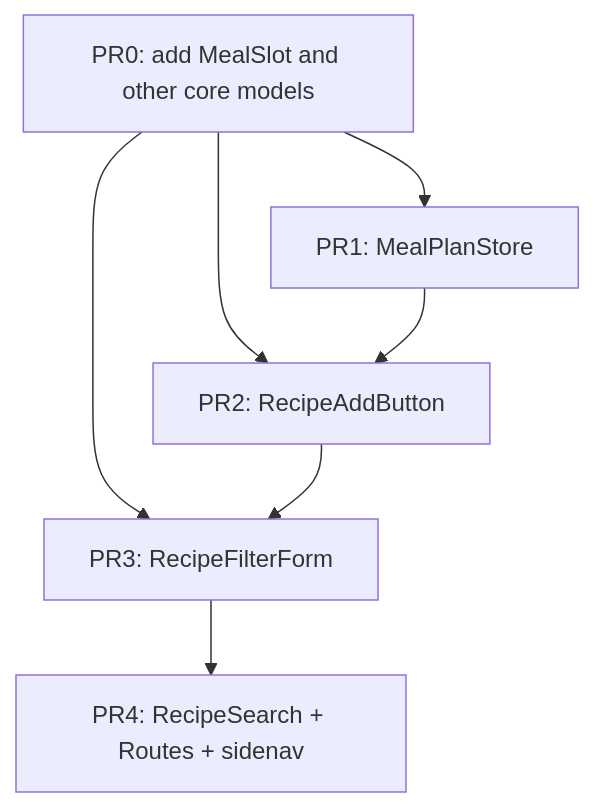
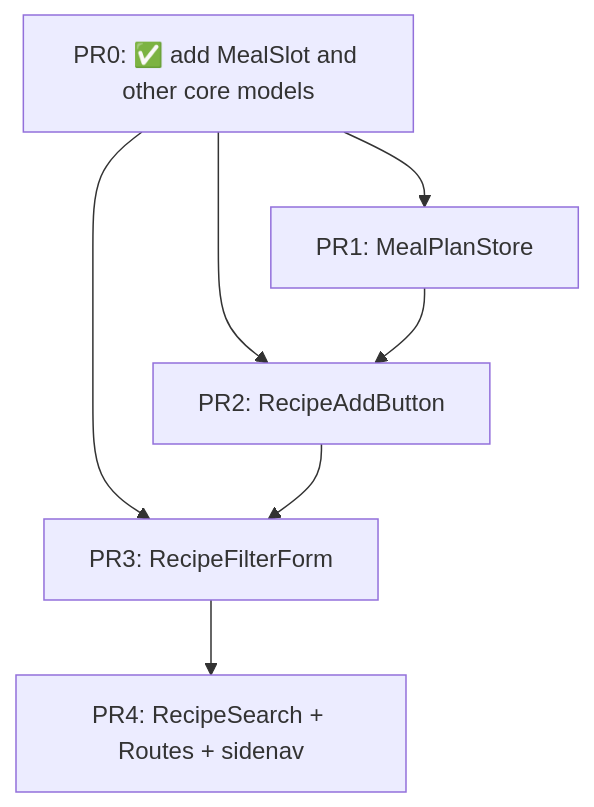
One commit to marmicode/workshops changed the second of 2 diagrams in design-docs/001-recipe-search-meal-plan.md. Above: the diagram before and after it, drawn with Mermaid. The commit also changed other lines of this file, not shown here.

````diff
--- a/design-docs/001-recipe-search-meal-plan.md
+++ b/design-docs/001-recipe-search-meal-plan.md
@@ -151,14 +151,14 @@
 ```mermaid
 flowchart TD
-  PR0["PR0: add MealSlot and other core models"]
+  PR0["PR0: ✅ add MealSlot and other core models"]
   PR1["PR1: MealPlanStore"]
   PR2["PR2: RecipeAddButton"]
   PR3["PR3: RecipeFilterForm"]
   PR4["PR4: RecipeSearch + Routes + sidenav"]
   PR0 --> PR1
   PR0 --> PR2
   PR0 --> PR3
   PR1 --> PR2
   PR2 --> PR3
   PR3 --> PR4
 ```
````
